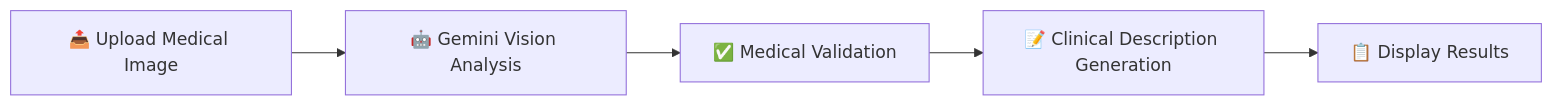
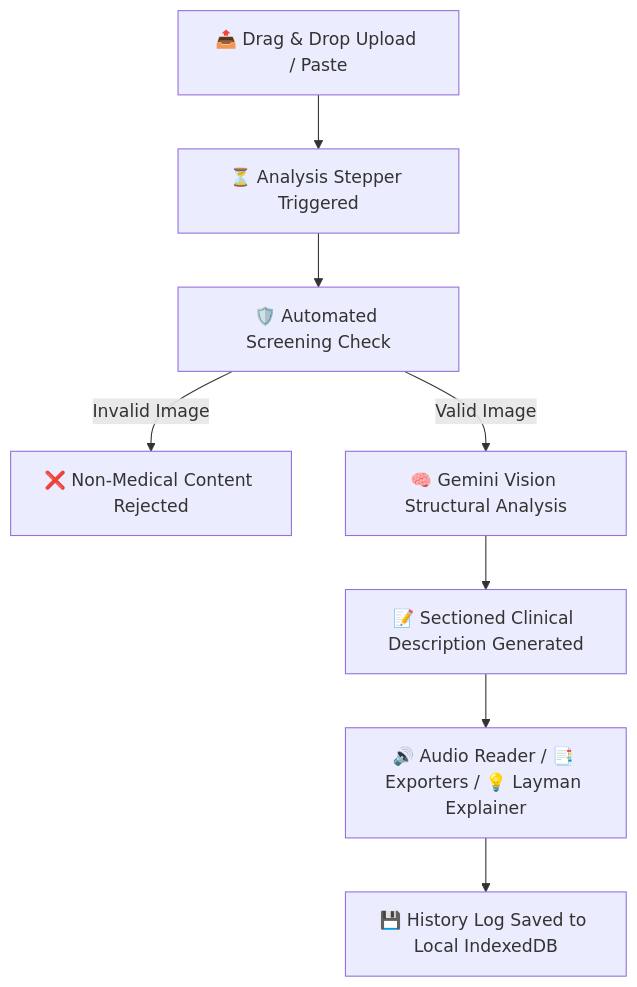
The diagram in README.md (saigautam3/AI-Medical-Image-Recognition), drawn with Mermaid before and after one commit. The commit also changed other lines of this file and 1 other file, not shown here.

````diff
--- a/README.md
+++ b/README.md
@@ -44,7 +44,10 @@
 ```mermaid
-flowchart LR
-    A[📤 Upload Medical Image] --> B[🤖 Gemini Vision Analysis]
-    B --> C[✅ Medical Validation]
-    C --> D[📝 Clinical Description Generation]
-    D --> E[📋 Display Results]
+flowchart TD
+    A[📤 Drag & Drop Upload / Paste] --> B[⏳ Analysis Stepper Triggered]
+    B --> C[🛡️ Automated Screening Check]
+    C -- Invalid Image --> D[❌ Non-Medical Content Rejected]
+    C -- Valid Image --> E[🧠 Gemini Vision Structural Analysis]
+    E --> F[📝 Sectioned Clinical Description Generated]
+    F --> G[🔊 Audio Reader / 📑 Exporters / 💡 Layman Explainer]
+    G --> H[💾 History Log Saved to Local IndexedDB]
 ```
````
